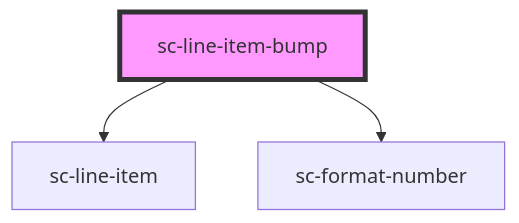
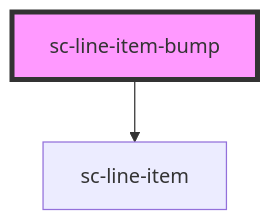
Before and after one commit to surecart/surecart-wp-plugin: the diagram in packages/components/src/components/controllers/checkout-form/sc-line-item-bump/readme.md, drawn with Mermaid. The commit also changed other lines of this file and 37 other files, not shown here.

````diff
--- a/packages/components/src/components/controllers/checkout-form/sc-line-item-bump/readme.md
+++ b/packages/components/src/components/controllers/checkout-form/sc-line-item-bump/readme.md
@@ -24,6 +23,5 @@
 ```mermaid
 graph TD;
   sc-line-item-bump --> sc-line-item
-  sc-line-item-bump --> sc-format-number
   style sc-line-item-bump fill:#f9f,stroke:#333,stroke-width:4px
 ```
````
